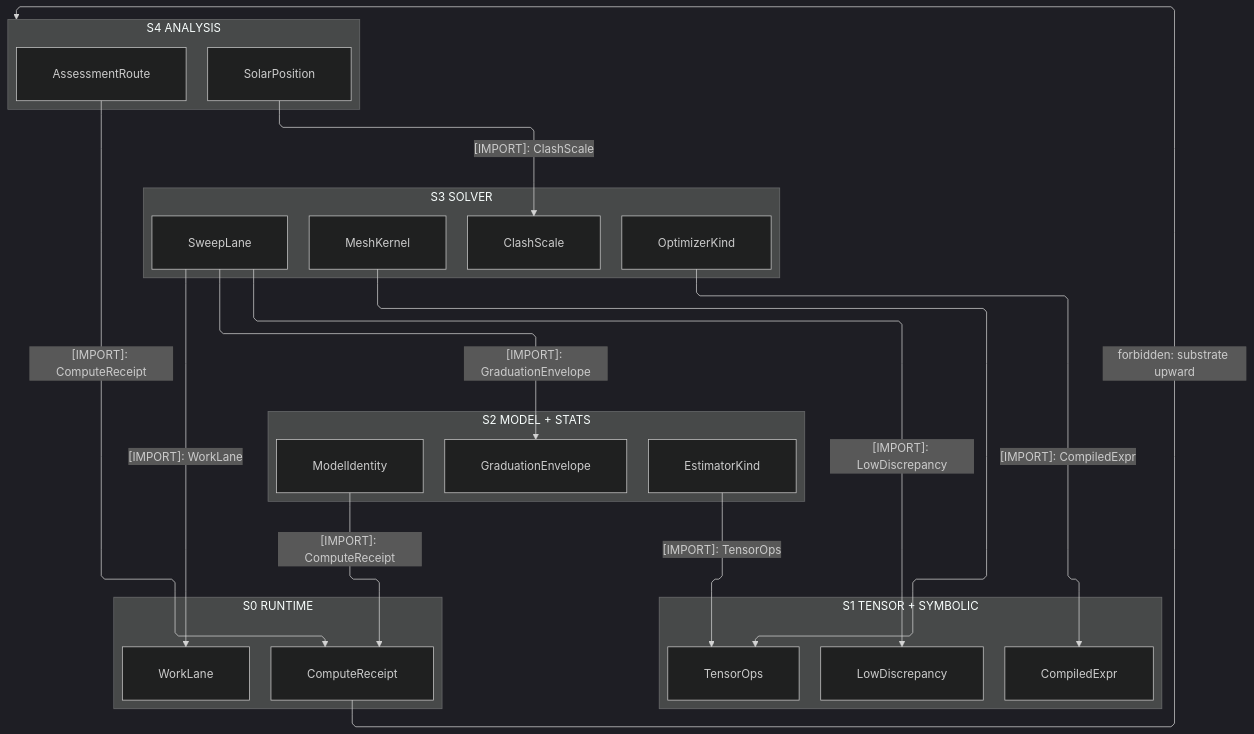
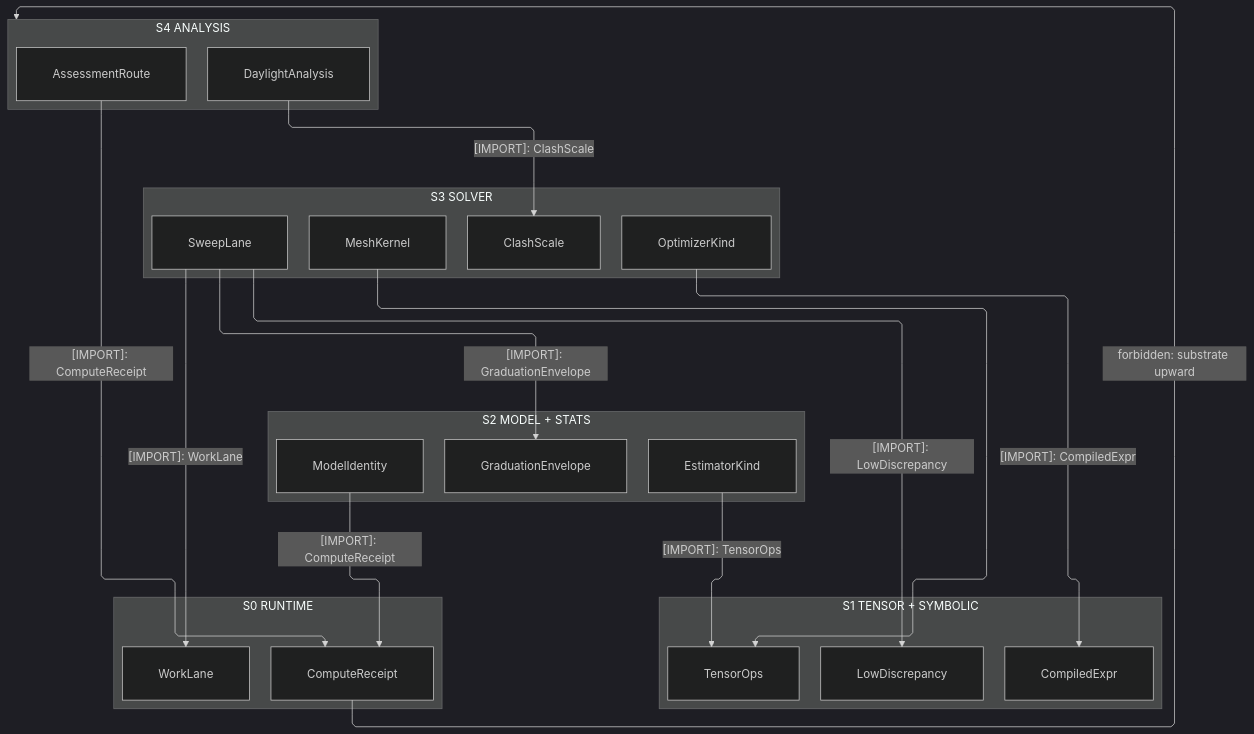
The first of 4 diagrams in libs/csharp/Rasm.Compute/ARCHITECTURE.md (bsamiee/Rasm), drawn with Mermaid (dark theme) before and after one commit. The commit also changed other lines of this file and 236 other files, not shown here.

````diff
--- a/libs/csharp/Rasm.Compute/ARCHITECTURE.md
+++ b/libs/csharp/Rasm.Compute/ARCHITECTURE.md
@@ -83,46 +83,46 @@
 ```mermaid
 ---
 config:
   layout: elk
   flowchart:
     curve: linear
     padding: 25
 ---
 flowchart TB
     accTitle: Rasm.Compute interior strata
     accDescr: Five stacked strata from the analysis rail through the solve spine, the model and stats stratum, and the tensor-symbolic peers onto the runtime substrate, every consumption edge downward and solid naming one sourced type, and one labeled forbidden upward edge.
     subgraph S4["S4 ANALYSIS"]
         Assessment[AssessmentRoute]
-        Daylight[SolarPosition]
+        Daylight[DaylightAnalysis]
     end
     subgraph S3["S3 SOLVER"]
         Sweep[SweepLane]
         Mesh[MeshKernel]
         Optimizer[OptimizerKind]
         Clash[ClashScale]
     end
     subgraph S2["S2 MODEL + STATS"]
         Envelope[GraduationEnvelope]
         Identity[ModelIdentity]
         Estimator[EstimatorKind]
     end
     subgraph S1["S1 TENSOR + SYMBOLIC"]
         Sampling[LowDiscrepancy]
         Ops[TensorOps]
         Compiled[CompiledExpr]
     end
     subgraph S0["S0 RUNTIME"]
         Receipt[ComputeReceipt]
         Lane[WorkLane]
     end
     Assessment e1@-->|"[IMPORT]: ComputeReceipt"| Receipt
     Daylight e2@-->|"[IMPORT]: ClashScale"| Clash
     Sweep e3@-->|"[IMPORT]: GraduationEnvelope"| Envelope
     Optimizer e4@-->|"[IMPORT]: CompiledExpr"| Compiled
     Sweep e5@-->|"[IMPORT]: LowDiscrepancy"| Sampling
     Estimator e6@-->|"[IMPORT]: TensorOps"| Ops
     Identity e7@-->|"[IMPORT]: ComputeReceipt"| Receipt
     Mesh e8@--> Ops
     Sweep e9@-->|"[IMPORT]: WorkLane"| Lane
     Receipt f1@-->|"forbidden: substrate upward"| S4
 ```
````
